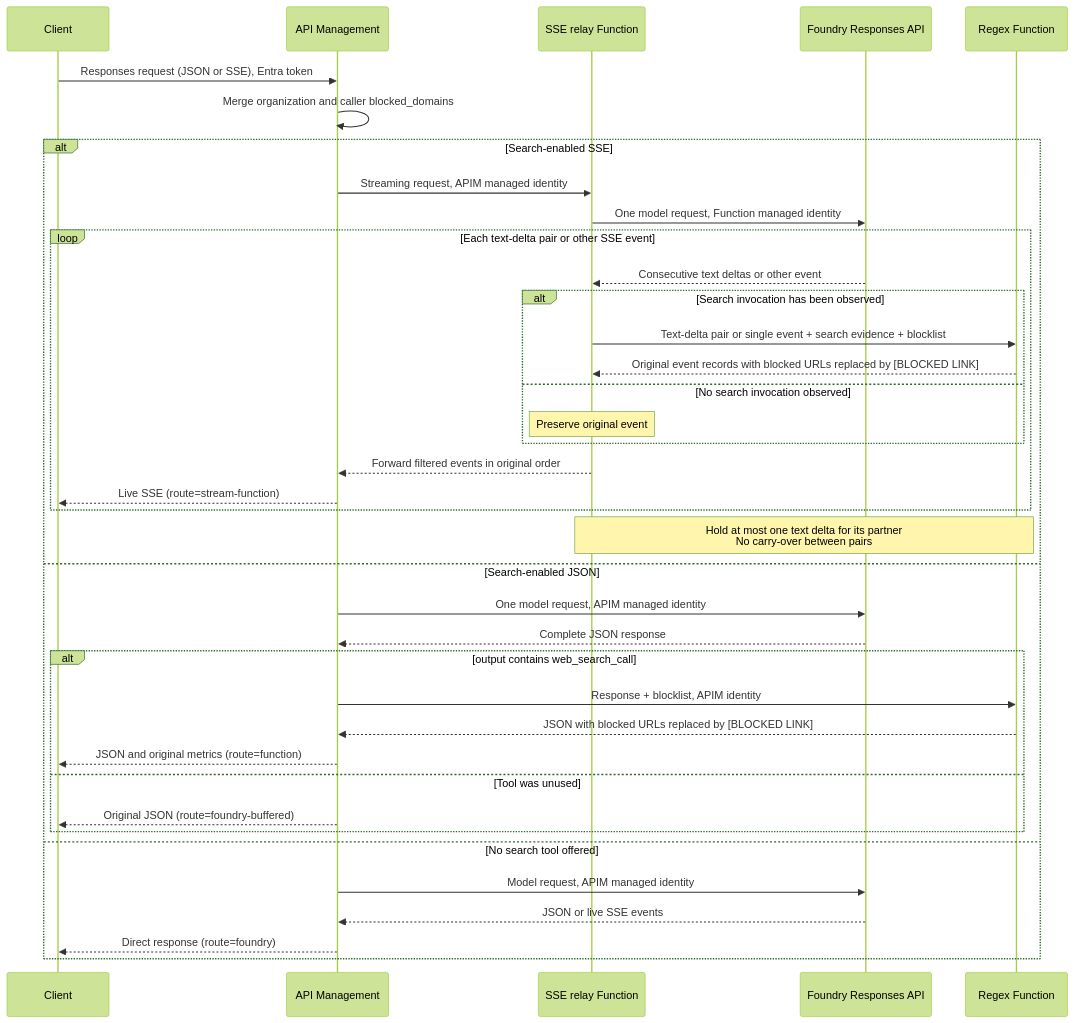
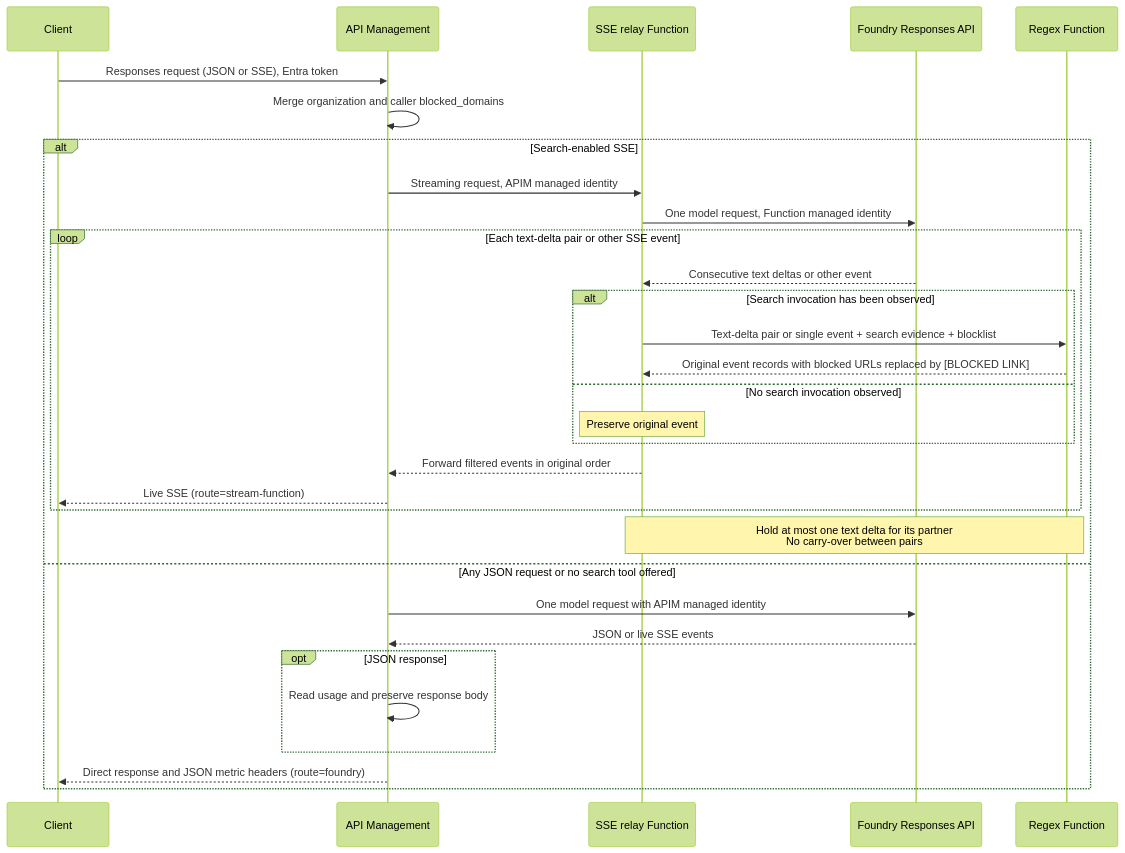
Before and after one commit to jakeatmsft/AI-Gateway: the second of 2 diagrams in labs/ai-foundry-web-search-blocklist-function/README.md, drawn with Mermaid (forest theme). The commit also changed other lines of this file and 8 other files, not shown here.

Commit message:
updated non-streaming path to flow straight to backend

````diff
--- a/labs/ai-foundry-web-search-blocklist-function/README.md
+++ b/labs/ai-foundry-web-search-blocklist-function/README.md
@@ -63,40 +65,33 @@
 ```mermaid
 sequenceDiagram
     participant C as Client
     participant G as API Management
     participant R as SSE relay Function
     participant M as Foundry Responses API
     participant F as Regex Function
     C->>G: Responses request (JSON or SSE), Entra token
     G->>G: Merge organization and caller blocked_domains
     alt Search-enabled SSE
         G->>R: Streaming request, APIM managed identity
         R->>M: One model request, Function managed identity
         loop Each text-delta pair or other SSE event
             M-->>R: Consecutive text deltas or other event
             alt Search invocation has been observed
                 R->>F: Text-delta pair or single event + search evidence + blocklist
                 F-->>R: Original event records with blocked URLs replaced by [BLOCKED LINK]
             else No search invocation observed
                 Note over R: Preserve original event
             end
             R-->>G: Forward filtered events in original order
             G-->>C: Live SSE (route=stream-function)
         end
         Note over R,F: Hold at most one text delta for its partner<br/>No carry-over between pairs
-    else Search-enabled JSON
-        G->>M: One model request, APIM managed identity
-        M-->>G: Complete JSON response
-        alt output contains web_search_call
-            G->>F: Response + blocklist, APIM identity
-            F-->>G: JSON with blocked URLs replaced by [BLOCKED LINK]
-            G-->>C: JSON and original metrics (route=function)
-        else Tool was unused
-            G-->>C: Original JSON (route=foundry-buffered)
+    else Any JSON request or no search tool offered
+        G->>M: One model request with APIM managed identity
+        M-->>G: JSON or live SSE events
+        opt JSON response
+            G->>G: Read usage and preserve response body
         end
-    else No search tool offered
-        G->>M: Model request, APIM managed identity
-        M-->>G: JSON or live SSE events
-        G-->>C: Direct response (route=foundry)
+        G-->>C: Direct response and JSON metric headers (route=foundry)
     end
 ```
````
